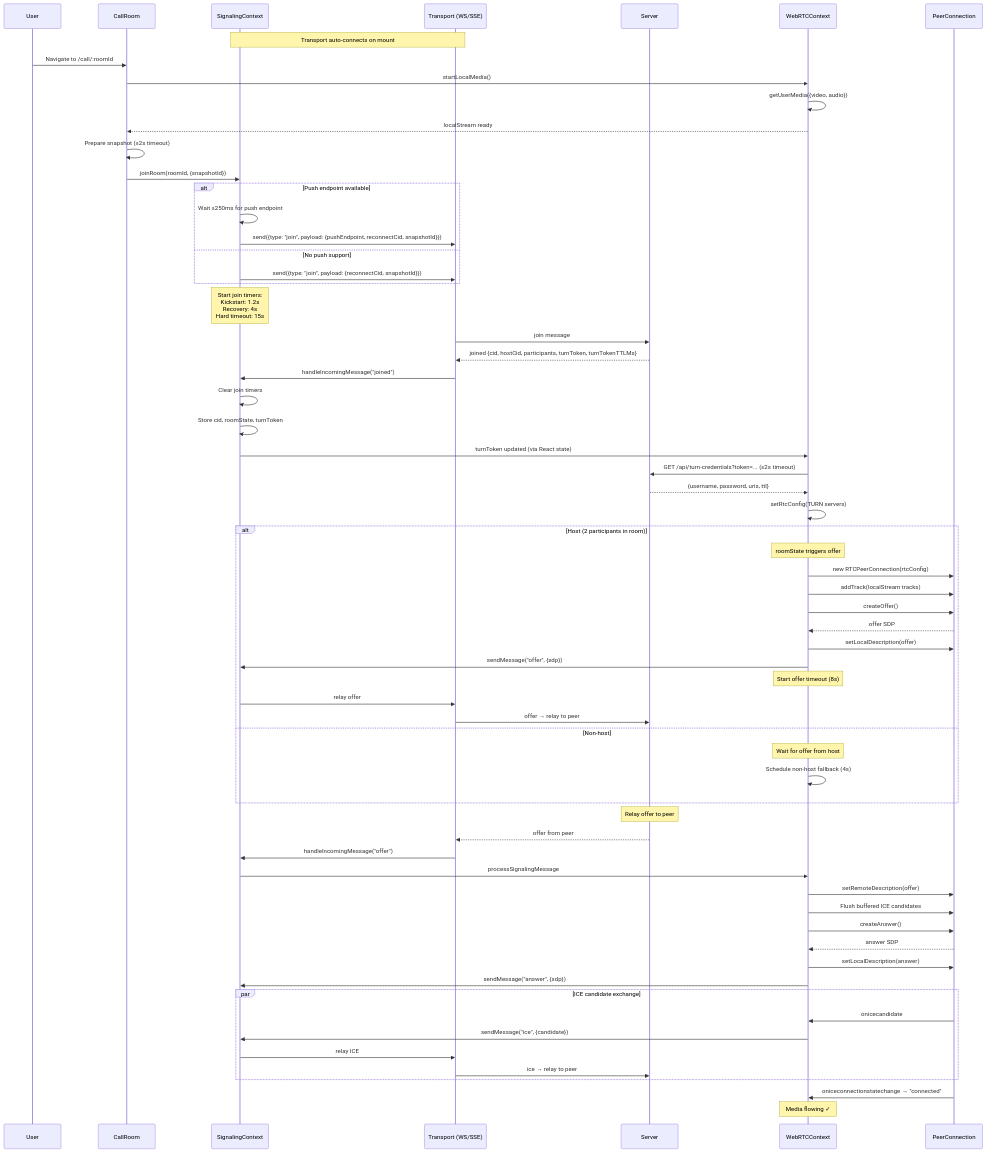
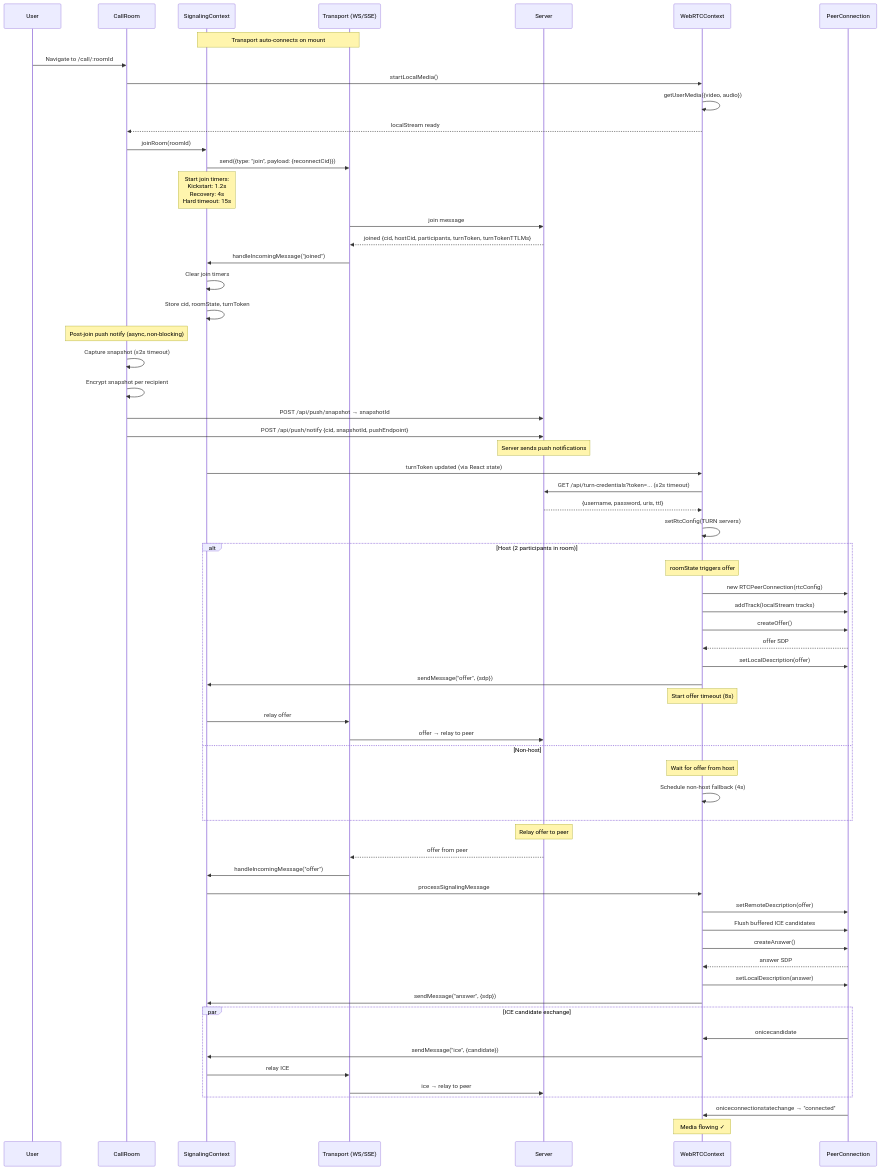
One commit to N0-C0M/Serenada changed the second of 8 diagrams in docs/CALL_FLOW_DIAGRAMS.md. Above: the diagram before and after it, drawn with Mermaid. The commit also changed other lines of this file and 15 other files, not shown here.

First line of the commit message:
Moved join notifications to be non-blocking (#24)

````diff
--- a/docs/CALL_FLOW_DIAGRAMS.md
+++ b/docs/CALL_FLOW_DIAGRAMS.md
@@ -103,78 +102,78 @@
 ```mermaid
 sequenceDiagram
     participant U as User
     participant CR as CallRoom
     participant SC as SignalingContext
     participant T as Transport (WS/SSE)
     participant S as Server
     participant WC as WebRTCContext
     participant PC as PeerConnection
 
     Note over SC,T: Transport auto-connects on mount
 
     U->>CR: Navigate to /call/:roomId
     CR->>WC: startLocalMedia()
     WC->>WC: getUserMedia({video, audio})
     WC-->>CR: localStream ready
 
-    CR->>CR: Prepare snapshot (≤2s timeout)
-    CR->>SC: joinRoom(roomId, {snapshotId})
-
-    alt Push endpoint available
-        SC->>SC: Wait ≤250ms for push endpoint
-        SC->>T: send({type: "join", payload: {pushEndpoint, reconnectCid, snapshotId}})
-    else No push support
-        SC->>T: send({type: "join", payload: {reconnectCid, snapshotId}})
-    end
+    CR->>SC: joinRoom(roomId)
+    SC->>T: send({type: "join", payload: {reconnectCid}})
 
     Note over SC: Start join timers:<br/>Kickstart: 1.2s<br/>Recovery: 4s<br/>Hard timeout: 15s
 
     T->>S: join message
     S-->>T: joined {cid, hostCid, participants, turnToken, turnTokenTTLMs}
     T->>SC: handleIncomingMessage("joined")
     SC->>SC: Clear join timers
     SC->>SC: Store cid, roomState, turnToken
+
+    Note over CR: Post-join push notify (async, non-blocking)
+    CR->>CR: Capture snapshot (≤2s timeout)
+    CR->>CR: Encrypt snapshot per recipient
+    CR->>S: POST /api/push/snapshot → snapshotId
+    CR->>S: POST /api/push/notify {cid, snapshotId, pushEndpoint}
+    Note over S: Server sends push notifications
 
     SC->>WC: turnToken updated (via React state)
     WC->>S: GET /api/turn-credentials?token=... (≤2s timeout)
     S-->>WC: {username, password, uris, ttl}
     WC->>WC: setRtcConfig(TURN servers)
 
     alt Host (2 participants in room)
         Note over WC: roomState triggers offer
         WC->>PC: new RTCPeerConnection(rtcConfig)
         WC->>PC: addTrack(localStream tracks)
         WC->>PC: createOffer()
         PC-->>WC: offer SDP
         WC->>PC: setLocalDescription(offer)
         WC->>SC: sendMessage("offer", {sdp})
         Note over WC: Start offer timeout (8s)
         SC->>T: relay offer
         T->>S: offer → relay to peer
     else Non-host
         Note over WC: Wait for offer from host
         WC->>WC: Schedule non-host fallback (4s)
     end
 
     Note over S: Relay offer to peer
 
     S-->>T: offer from peer
     T->>SC: handleIncomingMessage("offer")
     SC->>WC: processSignalingMessage
     WC->>PC: setRemoteDescription(offer)
     WC->>PC: Flush buffered ICE candidates
     WC->>PC: createAnswer()
     PC-->>WC: answer SDP
     WC->>PC: setLocalDescription(answer)
     WC->>SC: sendMessage("answer", {sdp})
 
     par ICE candidate exchange
         PC->>WC: onicecandidate
         WC->>SC: sendMessage("ice", {candidate})
         SC->>T: relay ICE
         T->>S: ice → relay to peer
     end
 
     PC->>WC: oniceconnectionstatechange → "connected"
     Note over WC: Media flowing ✓
 ```
````
